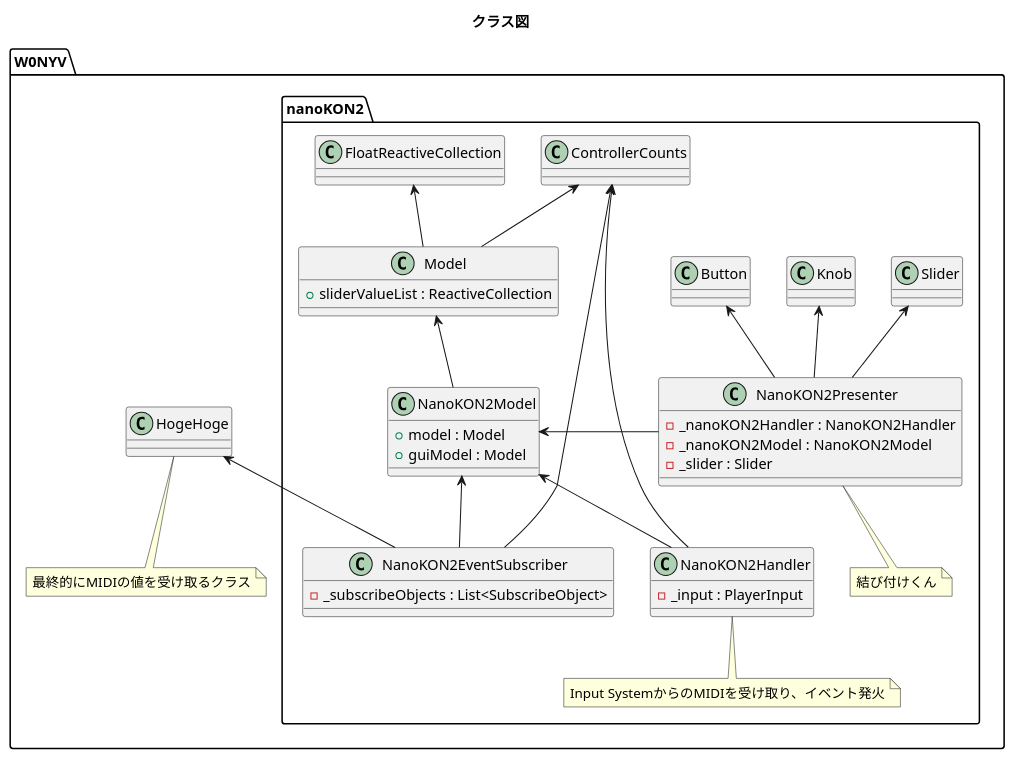
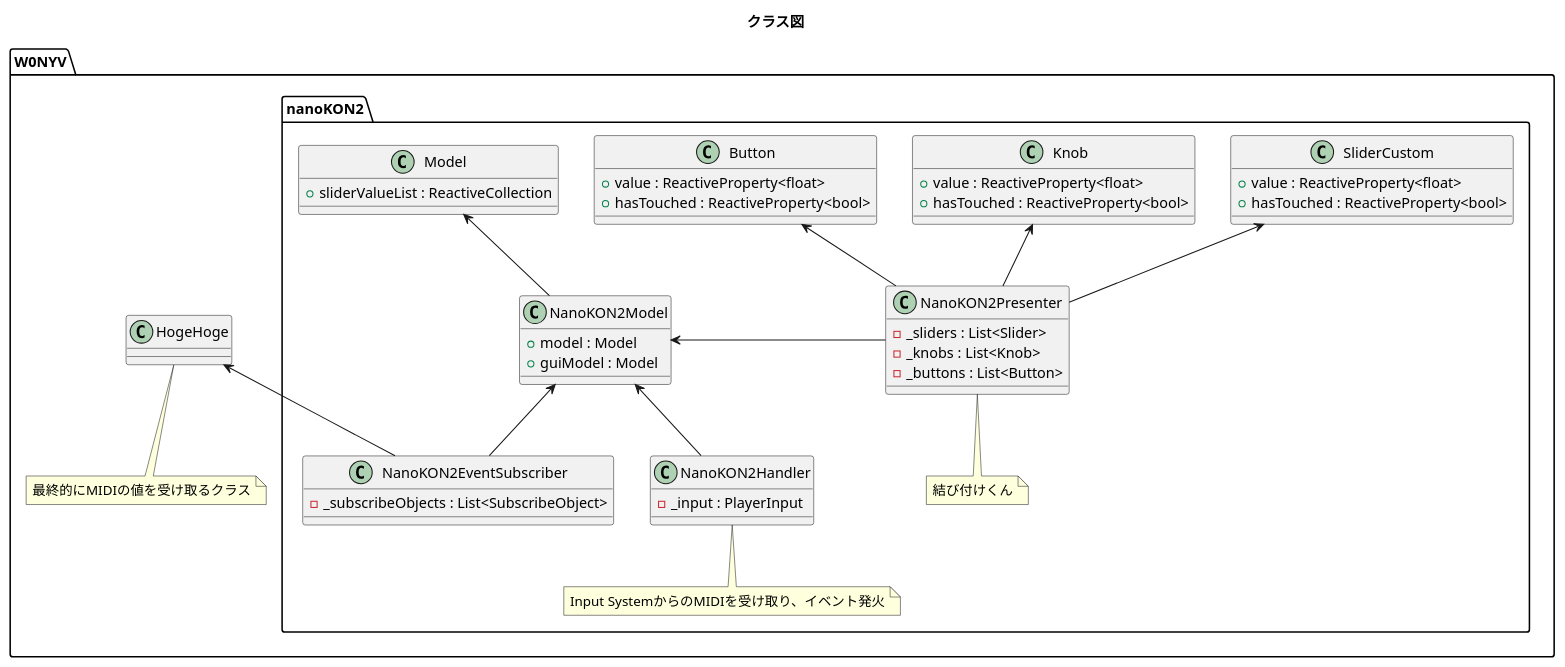
Before and after one commit to W0NYV/nanokon2-setup: the diagram in UML/class-diagram.pu, drawn with PlantUML. The commit also changed 1 other file, not shown here.

Commit message:
updated UML

```diff
--- a/UML/class-diagram.pu
+++ b/UML/class-diagram.pu
@@ -1,69 +1,69 @@
 @startuml nanoKON2-Setup
 
 title クラス図
 
 namespace W0NYV {
 
     namespace nanoKON2 {
-
-        class ControllerCounts {
-        }
 
         class NanoKON2Handler {
             - _input : PlayerInput
         }
         note bottom: Input SystemからのMIDIを受け取り、イベント発火
 
         class NanoKON2Model {
             + model : Model
             + guiModel : Model
         }
 
         class NanoKON2Presenter {
-            - _nanoKON2Handler : NanoKON2Handler
-            - _nanoKON2Model : NanoKON2Model
-            - _slider : Slider
+            - _sliders : List<Slider>
+            - _knobs : List<Knob>
+            - _buttons : List<Button>
+
         }
         note bottom: 結び付けくん
 
         class NanoKON2EventSubscriber {
             - _subscribeObjects : List<SubscribeObject>
         }
 
         class Model {
             + sliderValueList : ReactiveCollection
         }
 
-        class FloatReactiveCollection {}
+        class SliderCustom {
+            + value : ReactiveProperty<float>
+            + hasTouched : ReactiveProperty<bool>
+        }
 
-        class Slider {}
+        class Knob {
+            + value : ReactiveProperty<float>
+            + hasTouched : ReactiveProperty<bool>
+        }
 
-        class Knob {}
-
-        class Button {}
+        class Button {
+            + value : ReactiveProperty<float>
+            + hasTouched : ReactiveProperty<bool>
+        }
 
         Model <-- NanoKON2Model 
-        FloatReactiveCollection <-- Model
 
         NanoKON2Model <-- NanoKON2Handler
         NanoKON2Model <- NanoKON2Presenter
         NanoKON2Model <-- NanoKON2EventSubscriber
-        
-        ControllerCounts <-- NanoKON2EventSubscriber
-        ControllerCounts <-- Model
-        ControllerCounts <-- NanoKON2Handler
 
-        Slider <-- NanoKON2Presenter
+        SliderCustom <-- NanoKON2Presenter
         Knob <-- NanoKON2Presenter
         Button <-- NanoKON2Presenter
 
     }
 
     class HogeHoge{}
     note bottom: 最終的にMIDIの値を受け取るクラス
 
     HogeHoge <-- W0NYV.nanoKON2.NanoKON2EventSubscriber
 
 }
 
 @enduml
```
